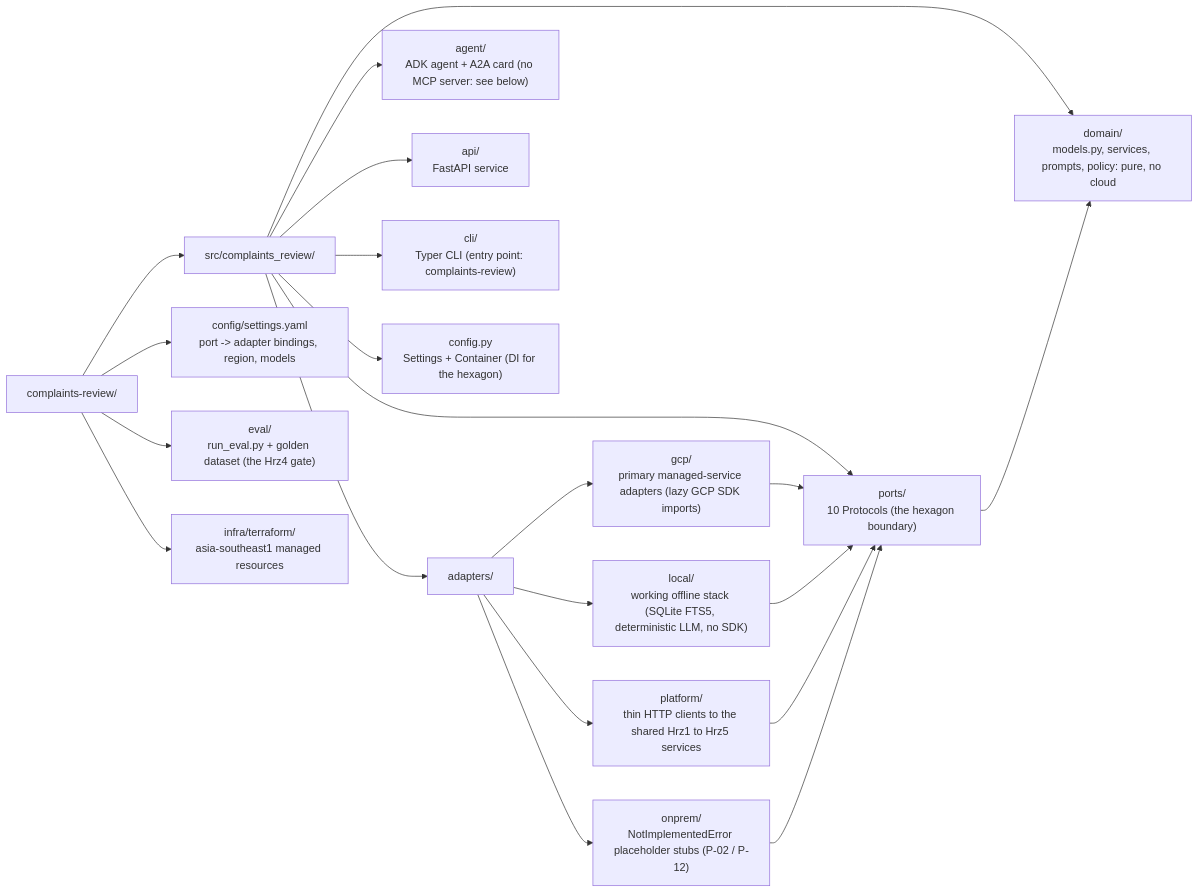
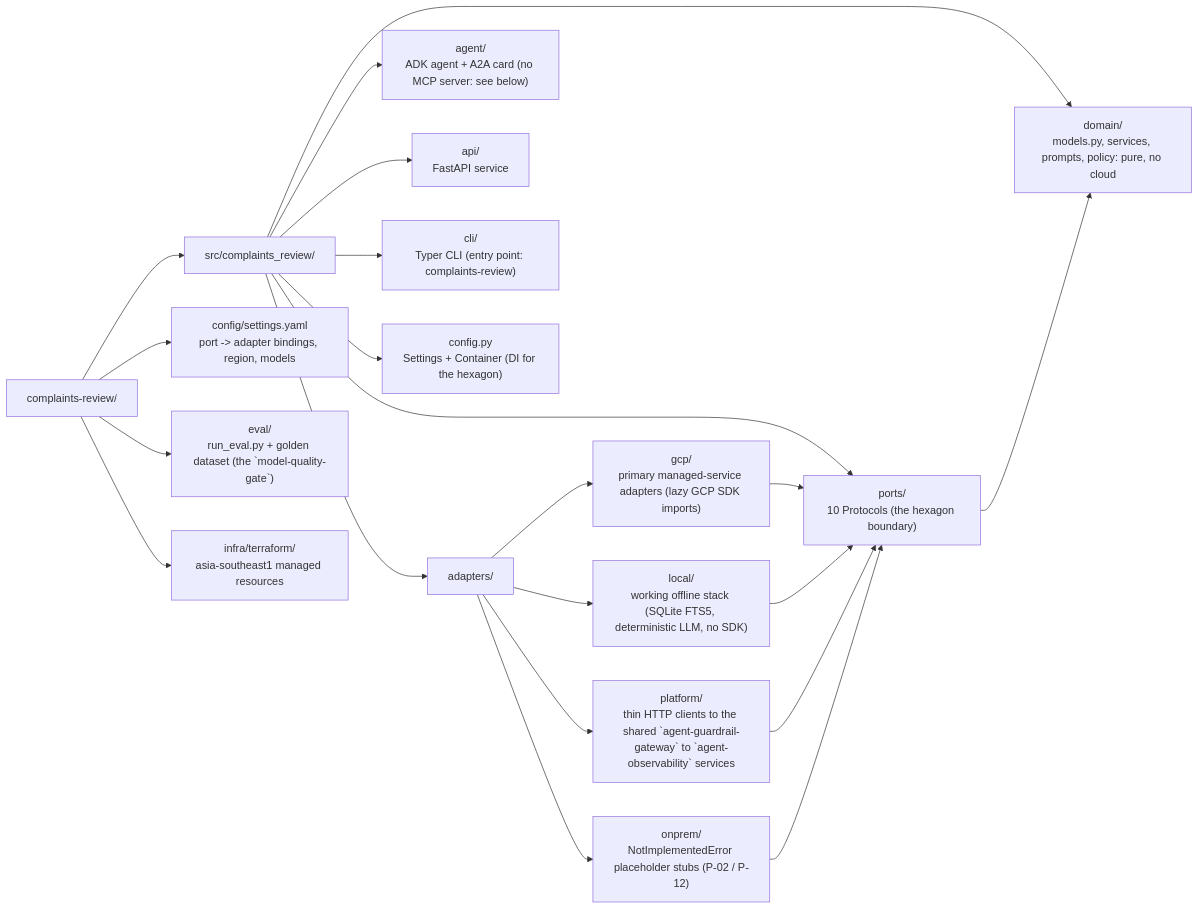
One commit to portable-genai/complaints-review changed the diagram in ARCHITECTURE.md. Above: the diagram before and after it, drawn with Mermaid. The commit also changed other lines of this file and 40 other files, not shown here.

````diff
--- a/ARCHITECTURE.md
+++ b/ARCHITECTURE.md
@@ -12,40 +12,40 @@
 ```mermaid
 flowchart LR
     root["complaints-review/"]
     src["src/complaints_review/"]
     domain["domain/<br/>models.py, services, prompts, policy: pure, no cloud"]
     ports["ports/<br/>10 Protocols (the hexagon boundary)"]
     adapters["adapters/"]
     gcp["gcp/<br/>primary managed-service adapters (lazy GCP SDK imports)"]
     local["local/<br/>working offline stack (SQLite FTS5, deterministic LLM, no SDK)"]
-    platform["platform/<br/>thin HTTP clients to the shared Hrz1 to Hrz5 services"]
+    platform["platform/<br/>thin HTTP clients to the shared `agent-guardrail-gateway` to `agent-observability` services"]
     onprem["onprem/<br/>NotImplementedError placeholder stubs (P-02 / P-12)"]
     agent["agent/<br/>ADK agent + A2A card (no MCP server: see below)"]
     api["api/<br/>FastAPI service"]
     cli["cli/<br/>Typer CLI (entry point: complaints-review)"]
     srcconfig["config.py<br/>Settings + Container (DI for the hexagon)"]
     cfg["config/settings.yaml<br/>port -> adapter bindings, region, models"]
-    eval["eval/<br/>run_eval.py + golden dataset (the Hrz4 gate)"]
+    eval["eval/<br/>run_eval.py + golden dataset (the `model-quality-gate`)"]
     infra["infra/terraform/<br/>asia-southeast1 managed resources"]
 
     root --> src
     root --> cfg
     root --> eval
     root --> infra
     src --> domain
     src --> ports
     src --> adapters
     src --> agent
     src --> api
     src --> cli
     src --> srcconfig
     adapters --> gcp
     adapters --> local
     adapters --> platform
     adapters --> onprem
     ports --> domain
     gcp --> ports
     local --> ports
     platform --> ports
     onprem --> ports
 ```
````
